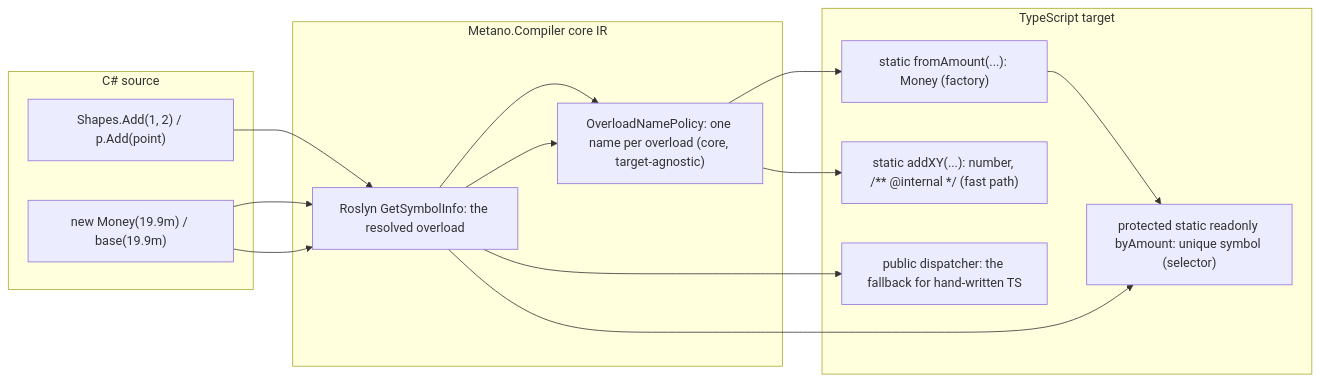
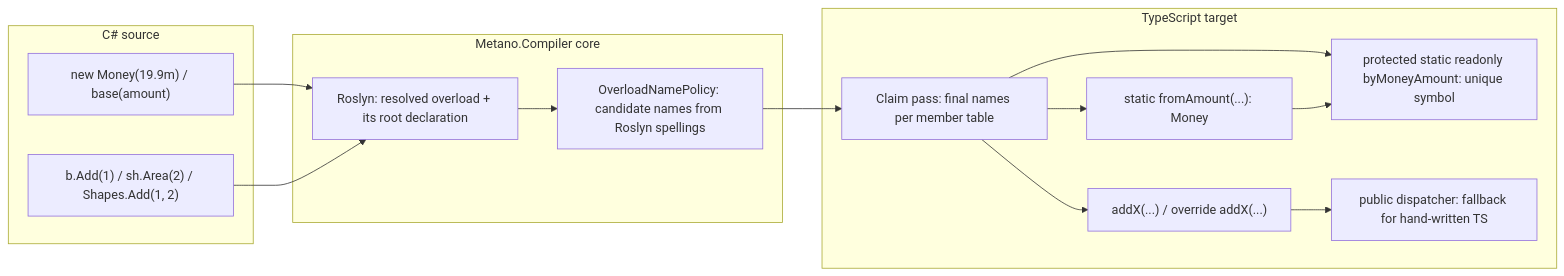
The diagram in specs/013-overload-factories/spec.md (danfma/metano), drawn with Mermaid before and after one commit. The commit also changed other lines of this file and 16 other files, not shown here.

````diff
--- a/specs/013-overload-factories/spec.md
+++ b/specs/013-overload-factories/spec.md
@@ -21,22 +21,25 @@
 ```mermaid
 flowchart LR
   subgraph csharp [C# source]
-    N["new Money(19.9m) / base(19.9m)"]
-    M["Shapes.Add(1, 2) / p.Add(point)"]
+    N["new Money(19.9m) / base(amount)"]
+    M["b.Add(1) / sh.Area(2) / Shapes.Add(1, 2)"]
   end
-  subgraph core [Metano.Compiler core IR]
-    R["Roslyn GetSymbolInfo: the resolved overload"]
-    P["OverloadNamePolicy: one name per overload (core, target-agnostic)"]
+  subgraph core [Metano.Compiler core]
+    R["Roslyn: resolved overload + its root declaration"]
+    P["OverloadNamePolicy: candidate names from Roslyn spellings"]
   end
   subgraph ts [TypeScript target]
-    F["static fromAmount(...): Money (factory)"]
-    S["protected static readonly byAmount: unique symbol (selector)"]
-    FP["static addXY(...): number, /** @internal */ (fast path)"]
-    D["public dispatcher: the fallback for hand-written TS"]
+    C["Claim pass: final names per member table"]
+    F["static fromAmount(...): Money"]
+    S["protected static readonly byMoneyAmount: unique symbol"]
+    FP["addX(...) / override addX(...)"]
+    D["public dispatcher: fallback for hand-written TS"]
   end
-  N --> R --> P --> F
-  N --> R --> S
-  M --> R --> P --> FP
-  R --> D
+  N --> R --> P --> C
+  M --> R
+  C --> F
+  C --> S
+  C --> FP
+  FP --> D
   F --> S
 ```
````
